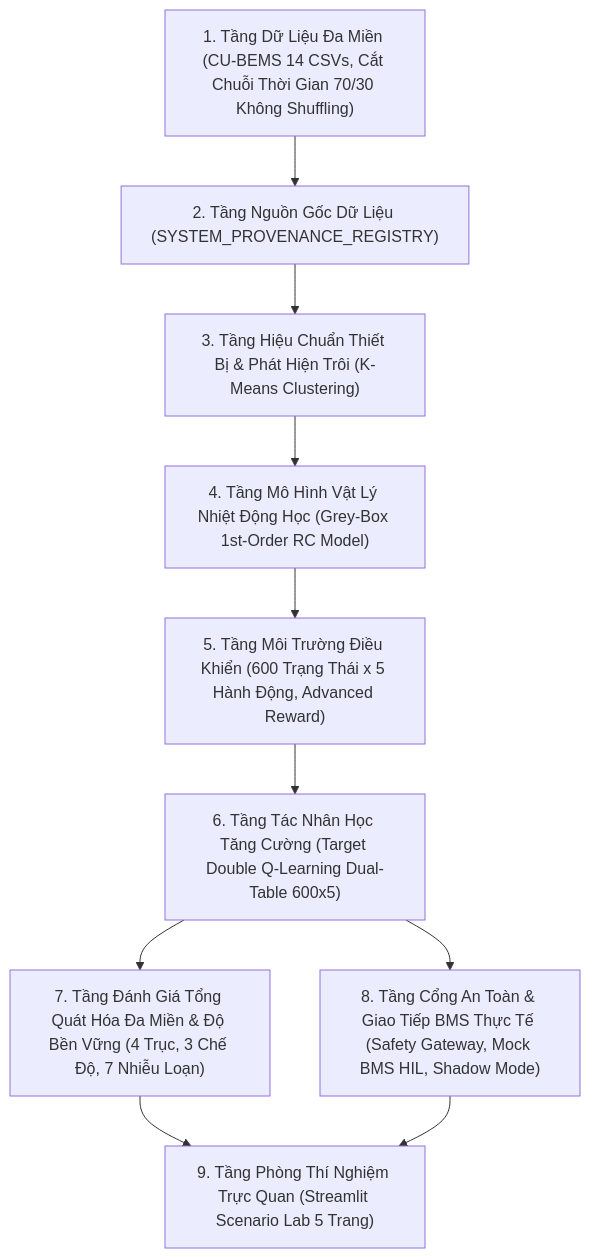
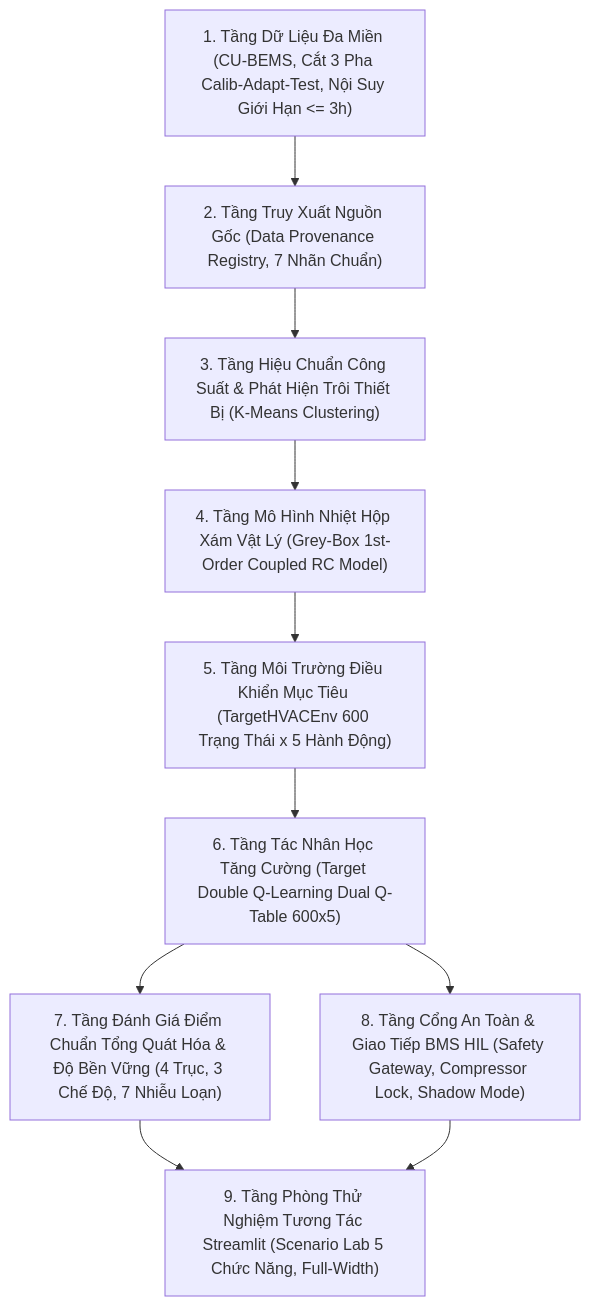
One commit to DucAnh1302/SmartHVACControlByDoubleQLearning changed the diagram in BAO_CAO_TONG_KET_DO_AN.md. Above: the diagram before and after it, drawn with Mermaid. The commit also changed other lines of this file and 40 other files, not shown here.

````diff
--- a/BAO_CAO_TONG_KET_DO_AN.md
+++ b/BAO_CAO_TONG_KET_DO_AN.md
@@ -38,12 +76,12 @@
 ```mermaid
 flowchart TD
-    L1["1. Tầng Dữ Liệu Đa Miền (CU-BEMS 14 CSVs, Cắt Chuỗi Thời Gian 70/30 Không Shuffling)"] --> L2["2. Tầng Nguồn Gốc Dữ Liệu (SYSTEM_PROVENANCE_REGISTRY)"]
-    L2 --> L3["3. Tầng Hiệu Chuẩn Thiết Bị & Phát Hiện Trôi (K-Means Clustering)"]
-    L3 --> L4["4. Tầng Mô Hình Vật Lý Nhiệt Động Học (Grey-Box 1st-Order RC Model)"]
-    L4 --> L5["5. Tầng Môi Trường Điều Khiển (600 Trạng Thái x 5 Hành Động, Advanced Reward)"]
-    L5 --> L6["6. Tầng Tác Nhân Học Tăng Cường (Target Double Q-Learning Dual-Table 600x5)"]
-    L6 --> L7["7. Tầng Đánh Giá Tổng Quát Hóa Đa Miền & Độ Bền Vững (4 Trục, 3 Chế Độ, 7 Nhiễu Loạn)"]
-    L6 --> L8["8. Tầng Cổng An Toàn & Giao Tiếp BMS Thực Tế (Safety Gateway, Mock BMS HIL, Shadow Mode)"]
-    L7 --> L9["9. Tầng Phòng Thí Nghiệm Trực Quan (Streamlit Scenario Lab 5 Trang)"]
+    L1["1. Tầng Dữ Liệu Đa Miền (CU-BEMS, Cắt 3 Pha Calib-Adapt-Test, Nội Suy Giới Hạn <= 3h)"] --> L2["2. Tầng Truy Xuất Nguồn Gốc (Data Provenance Registry, 7 Nhãn Chuẩn)"]
+    L2 --> L3["3. Tầng Hiệu Chuẩn Công Suất & Phát Hiện Trôi Thiết Bị (K-Means Clustering)"]
+    L3 --> L4["4. Tầng Mô Hình Nhiệt Hộp Xám Vật Lý (Grey-Box 1st-Order Coupled RC Model)"]
+    L4 --> L5["5. Tầng Môi Trường Điều Khiển Mục Tiêu (TargetHVACEnv 600 Trạng Thái x 5 Hành Động)"]
+    L5 --> L6["6. Tầng Tác Nhân Học Tăng Cường (Target Double Q-Learning Dual Q-Table 600x5)"]
+    L6 --> L7["7. Tầng Đánh Giá Điểm Chuẩn Tổng Quát Hóa & Độ Bền Vững (4 Trục, 3 Chế Độ, 7 Nhiễu Loạn)"]
+    L6 --> L8["8. Tầng Cổng An Toàn & Giao Tiếp BMS HIL (Safety Gateway, Compressor Lock, Shadow Mode)"]
+    L7 --> L9["9. Tầng Phòng Thử Nghiệm Tương Tác Streamlit (Scenario Lab 5 Chức Năng, Full-Width)"]
     L8 --> L9
 ```
````
